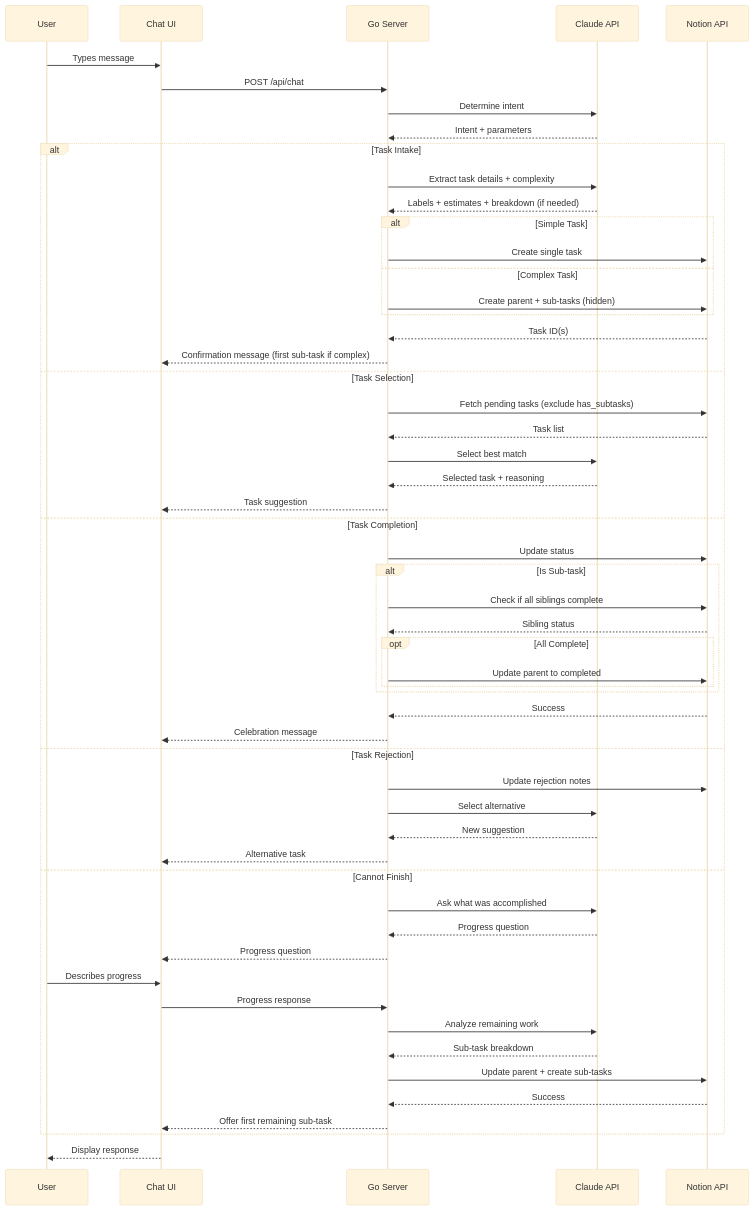
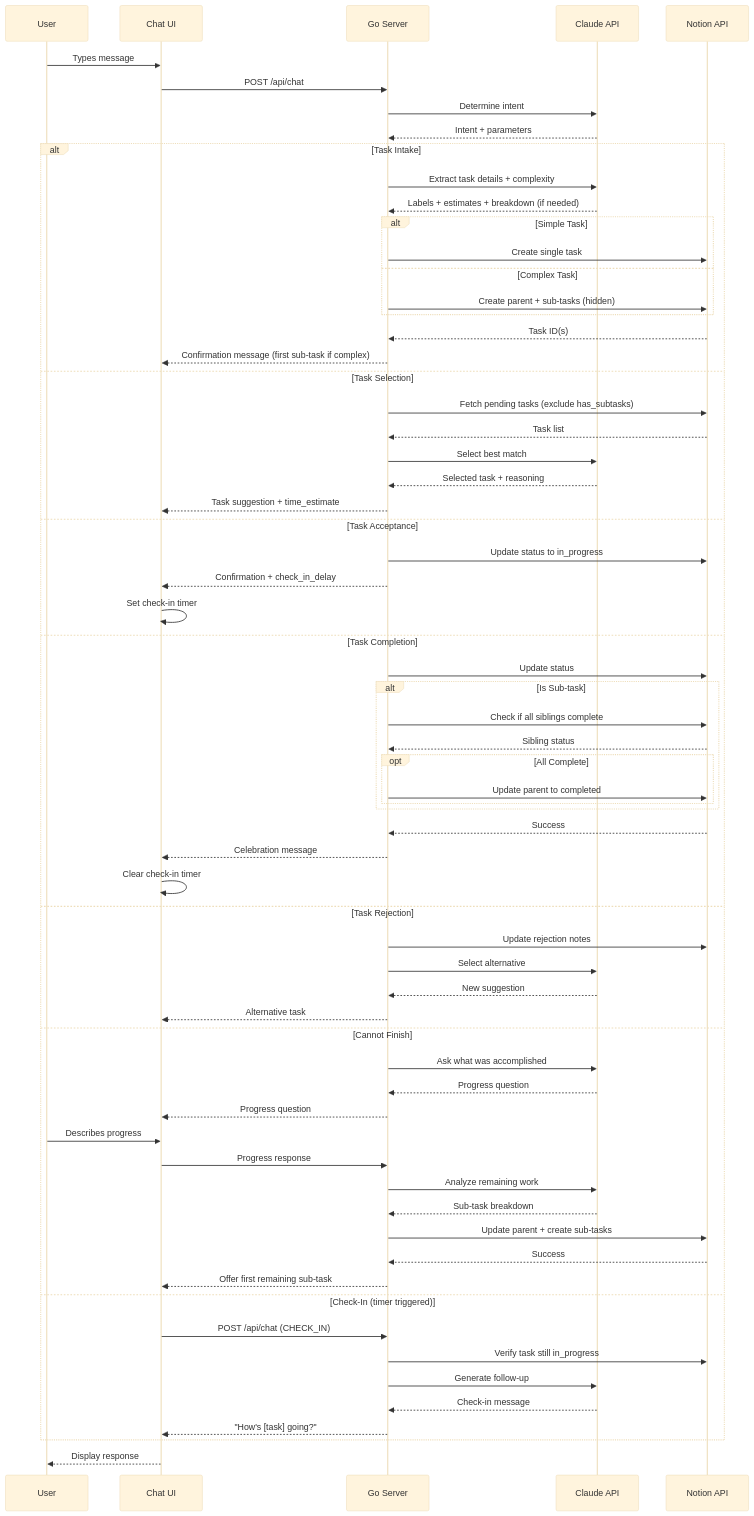
The third of 6 diagrams in docs/architecture.md (NickBorgers/hide-my-list), drawn with Mermaid (base theme) before and after one commit. The commit also changed other lines of this file and 3 other files, not shown here.

First line of the commit message:
Add check-in follow-up feature documentation

````diff
--- a/docs/architecture.md
+++ b/docs/architecture.md
@@ -75,60 +75,71 @@
 ```mermaid
 sequenceDiagram
     participant User
     participant UI as Chat UI
     participant Server as Go Server
     participant Claude as Claude API
     participant Notion as Notion API
 
     User->>UI: Types message
     UI->>Server: POST /api/chat
     Server->>Claude: Determine intent
     Claude-->>Server: Intent + parameters
 
     alt Task Intake
         Server->>Claude: Extract task details + complexity
         Claude-->>Server: Labels + estimates + breakdown (if needed)
         alt Simple Task
             Server->>Notion: Create single task
         else Complex Task
             Server->>Notion: Create parent + sub-tasks (hidden)
         end
         Notion-->>Server: Task ID(s)
         Server-->>UI: Confirmation message (first sub-task if complex)
     else Task Selection
         Server->>Notion: Fetch pending tasks (exclude has_subtasks)
         Notion-->>Server: Task list
         Server->>Claude: Select best match
         Claude-->>Server: Selected task + reasoning
-        Server-->>UI: Task suggestion
+        Server-->>UI: Task suggestion + time_estimate
+    else Task Acceptance
+        Server->>Notion: Update status to in_progress
+        Server-->>UI: Confirmation + check_in_delay
+        UI->>UI: Set check-in timer
     else Task Completion
         Server->>Notion: Update status
         alt Is Sub-task
             Server->>Notion: Check if all siblings complete
             Notion-->>Server: Sibling status
             opt All Complete
                 Server->>Notion: Update parent to completed
             end
         end
         Notion-->>Server: Success
         Server-->>UI: Celebration message
+        UI->>UI: Clear check-in timer
     else Task Rejection
         Server->>Notion: Update rejection notes
         Server->>Claude: Select alternative
         Claude-->>Server: New suggestion
         Server-->>UI: Alternative task
     else Cannot Finish
         Server->>Claude: Ask what was accomplished
         Claude-->>Server: Progress question
         Server-->>UI: Progress question
         User->>UI: Describes progress
         UI->>Server: Progress response
         Server->>Claude: Analyze remaining work
         Claude-->>Server: Sub-task breakdown
         Server->>Notion: Update parent + create sub-tasks
         Notion-->>Server: Success
         Server-->>UI: Offer first remaining sub-task
+    else Check-In (timer triggered)
+        UI->>Server: POST /api/chat (CHECK_IN)
+        Server->>Notion: Verify task still in_progress
+        Server->>Claude: Generate follow-up
+        Claude-->>Server: Check-in message
+        Server-->>UI: "How's [task] going?"
     end
 
     UI-->>User: Display response
 ```
````
